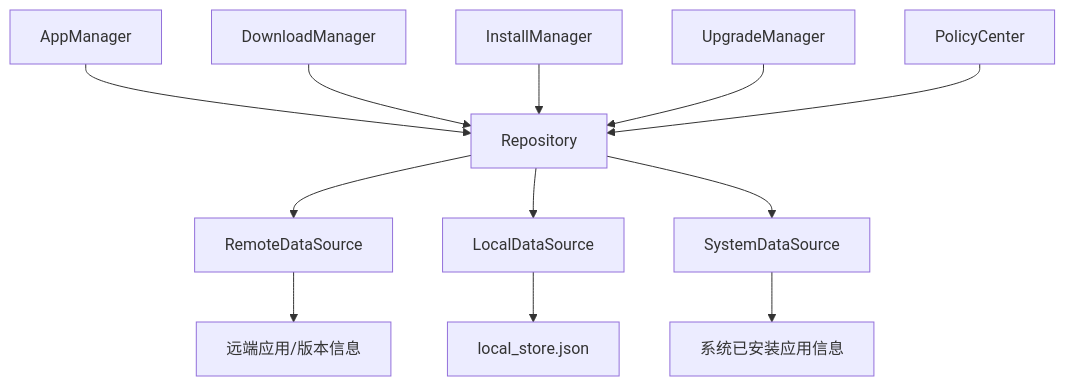
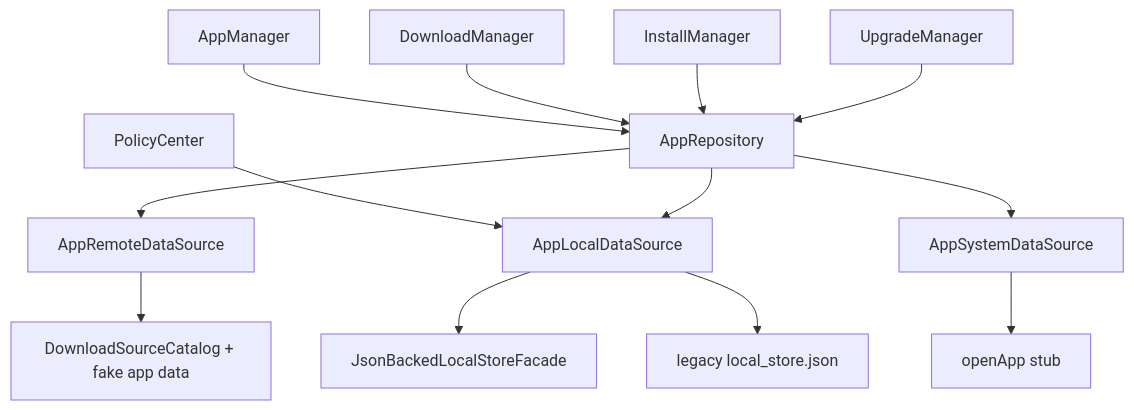
The first of 4 diagrams in docs/15-Repository架构与流程.md (XZQ/CarAppStore), drawn with Mermaid before and after one commit. The commit also changed other lines of this file and 35 other files, not shown here.

Commit message:
docs: reorganize architecture docs and handoff guide

````diff
--- a/docs/15-Repository架构与流程.md
+++ b/docs/15-Repository架构与流程.md
@@ -25,17 +37,18 @@
 ```mermaid
 flowchart TD
 
-AM[AppManager] --> REPO[Repository]
+AM[AppManager] --> REPO[AppRepository]
 DM[DownloadManager] --> REPO
 IM[InstallManager] --> REPO
 UM[UpgradeManager] --> REPO
-PC[PolicyCenter] --> REPO
+PC[PolicyCenter] --> LOCAL[AppLocalDataSource]
 
-REPO --> REMOTE[RemoteDataSource]
-REPO --> LOCAL[LocalDataSource]
-REPO --> SYSTEM[SystemDataSource]
+REPO --> REMOTE[AppRemoteDataSource]
+REPO --> LOCAL[AppLocalDataSource]
+REPO --> SYSTEM[AppSystemDataSource]
 
-LOCAL --> JSON[local_store.json]
-SYSTEM --> PM[系统已安装应用信息]
-REMOTE --> API[远端应用/版本信息]
+LOCAL --> FACADE[JsonBackedLocalStoreFacade]
+LOCAL --> LEGACY[legacy local_store.json]
+SYSTEM --> OPENAPP[openApp stub]
+REMOTE --> CATALOG[DownloadSourceCatalog + fake app data]
 ```
````
